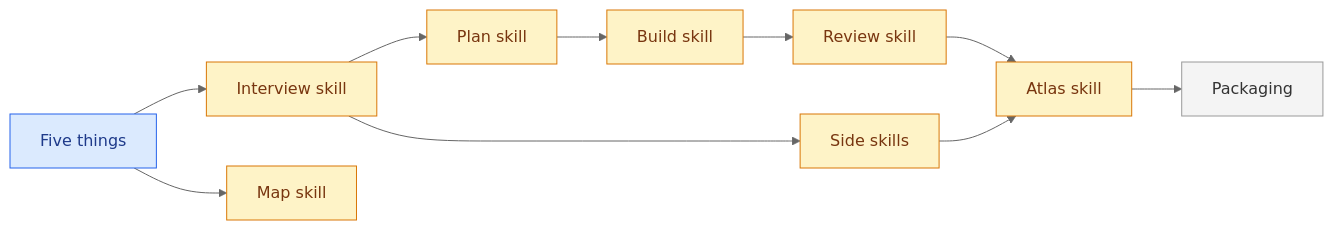
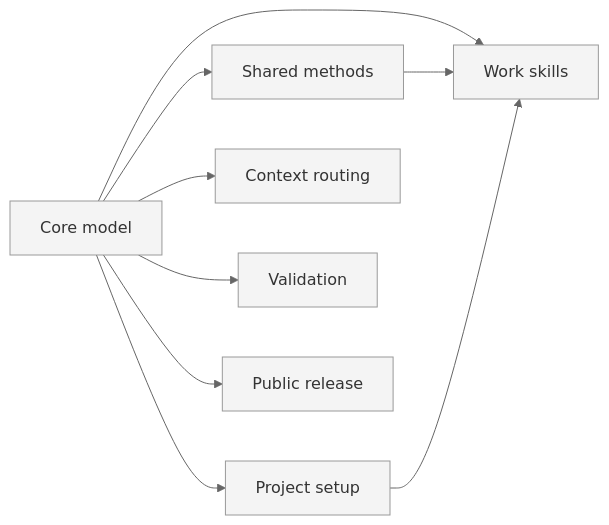
The diagram in MAP.md (somethingdarkside1/atlas-skills), drawn with Mermaid (neutral theme) before and after one commit. The commit also changed other lines of this file and 120 other files, not shown here.

Commit message:
docs: separate Atlas methods and project policy into release work packages

````diff
--- a/MAP.md
+++ b/MAP.md
@@ -15,27 +10,24 @@
 ```mermaid
 flowchart LR
   classDef sketched fill:#f4f4f4,stroke:#999,color:#333
   classDef decided fill:#dbeafe,stroke:#2563eb,color:#1e3a8a
   classDef building fill:#fef3c7,stroke:#d97706,color:#78350f
   classDef done fill:#dcfce7,stroke:#16a34a,color:#14532d
 
-  five-things["Five things"]:::decided
-  atlas-skill["Atlas skill"]:::building
-  interview-skill["Interview skill"]:::building
-  map-skill["Map skill"]:::building
-  plan-skill["Plan skill"]:::building
-  build-skill["Build skill"]:::building
-  review-skill["Review skill"]:::building
-  side-skills["Side skills"]:::building
-  packaging["Packaging"]:::sketched
+  core-model["Core model"]:::sketched
+  shared-methods["Shared methods"]:::sketched
+  project-setup["Project setup"]:::sketched
+  work-skills["Work skills"]:::sketched
+  context-routing["Context routing"]:::sketched
+  validation["Validation"]:::sketched
+  public-release["Public release"]:::sketched
 
-  five-things --> interview-skill
-  five-things --> map-skill
-  interview-skill --> plan-skill
-  plan-skill --> build-skill
-  build-skill --> review-skill
-  interview-skill --> side-skills
-  review-skill --> atlas-skill
-  side-skills --> atlas-skill
-  atlas-skill --> packaging
+  core-model --> shared-methods
+  core-model --> project-setup
+  core-model --> work-skills
+  shared-methods --> work-skills
+  project-setup --> work-skills
+  core-model --> context-routing
+  core-model --> validation
+  core-model --> public-release
 ```
````
